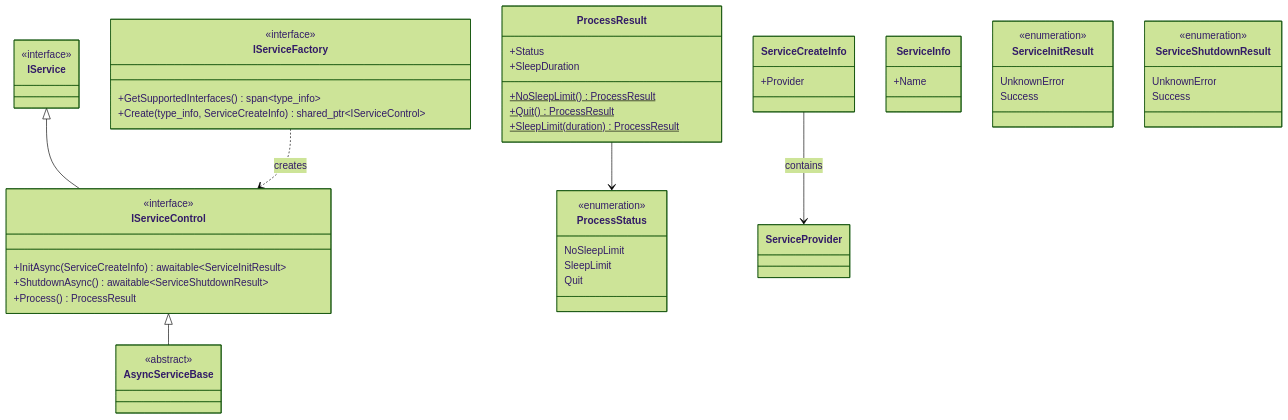
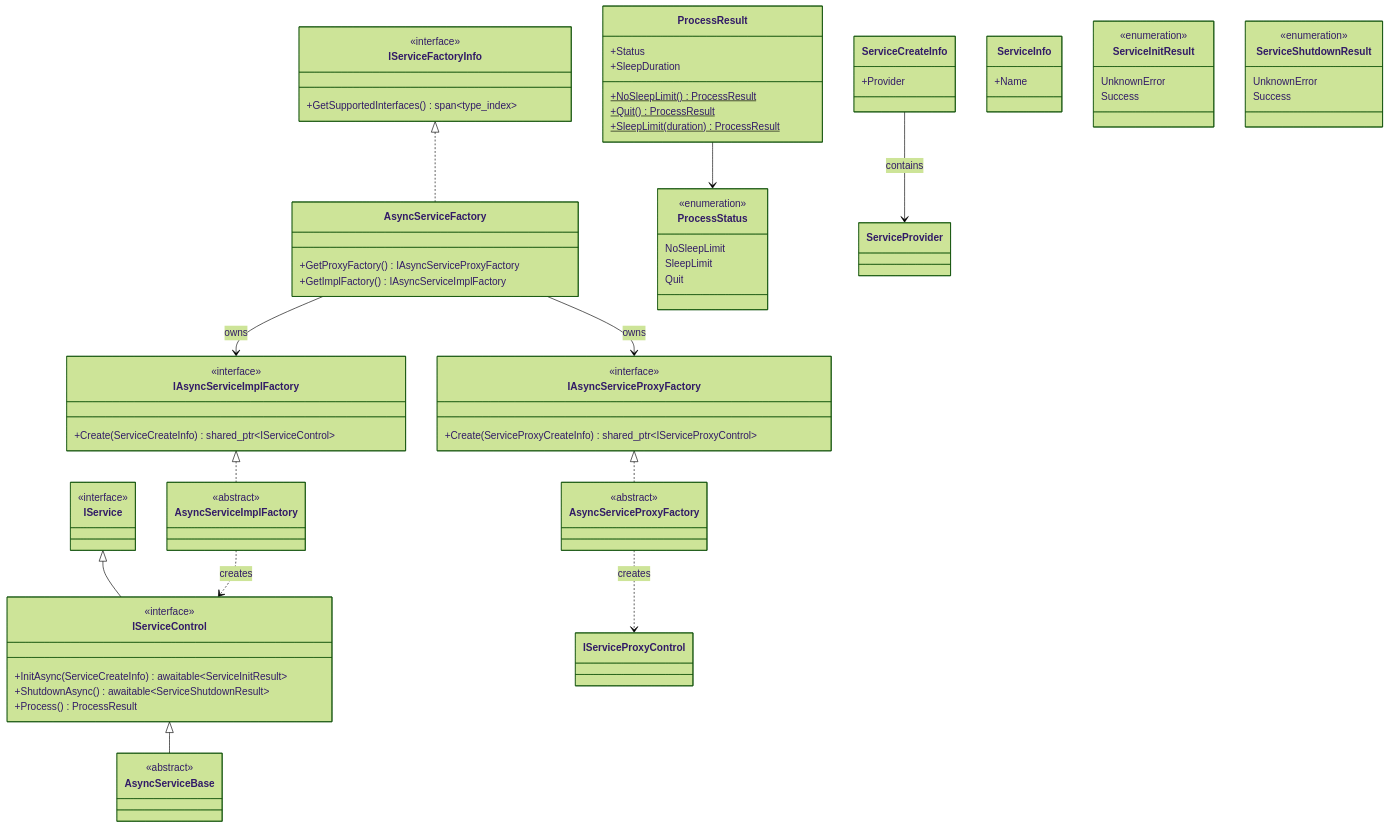
The sixth of 12 diagrams in docs/class-diagrams.md (Unarmed1000/ServiceFrameworkExperiments), drawn with Mermaid (forest theme) before and after one commit. The commit also changed other lines of this file, not shown here.

Commit message:
feat: update class diagrams to reflect internal service host implementations and dual factory pattern

````diff
--- a/docs/class-diagrams.md
+++ b/docs/class-diagrams.md
@@ -271,10 +282,32 @@
         <<abstract>>
     }
 
-    class IServiceFactory {
+    class IServiceFactoryInfo {
         <<interface>>
-        +GetSupportedInterfaces() span~type_info~
-        +Create(type_info, ServiceCreateInfo) shared_ptr~IServiceControl~
+        +GetSupportedInterfaces() span~type_index~
+    }
+
+    class AsyncServiceFactory {
+        +GetProxyFactory() IAsyncServiceProxyFactory
+        +GetImplFactory() IAsyncServiceImplFactory
+    }
+
+    class IAsyncServiceImplFactory {
+        <<interface>>
+        +Create(ServiceCreateInfo) shared_ptr~IServiceControl~
+    }
+
+    class IAsyncServiceProxyFactory {
+        <<interface>>
+        +Create(ServiceProxyCreateInfo) shared_ptr~IServiceProxyControl~
+    }
+
+    class AsyncServiceImplFactory {
+        <<abstract>>
+    }
+
+    class AsyncServiceProxyFactory {
+        <<abstract>>
     }
 
     class ProcessResult {
@@ -315,6 +348,14 @@
     IService <|-- IServiceControl
     IServiceControl <|-- AsyncServiceBase
     ProcessResult --> ProcessStatus
-    IServiceFactory ..> IServiceControl : creates
+
+    IServiceFactoryInfo <|.. AsyncServiceFactory
+    AsyncServiceFactory --> IAsyncServiceProxyFactory : owns
+    AsyncServiceFactory --> IAsyncServiceImplFactory : owns
+    IAsyncServiceImplFactory <|.. AsyncServiceImplFactory
+    IAsyncServiceProxyFactory <|.. AsyncServiceProxyFactory
+    AsyncServiceImplFactory ..> IServiceControl : creates
+    AsyncServiceProxyFactory ..> IServiceProxyControl : creates
+
     ServiceCreateInfo --> ServiceProvider : contains
 ```
````
